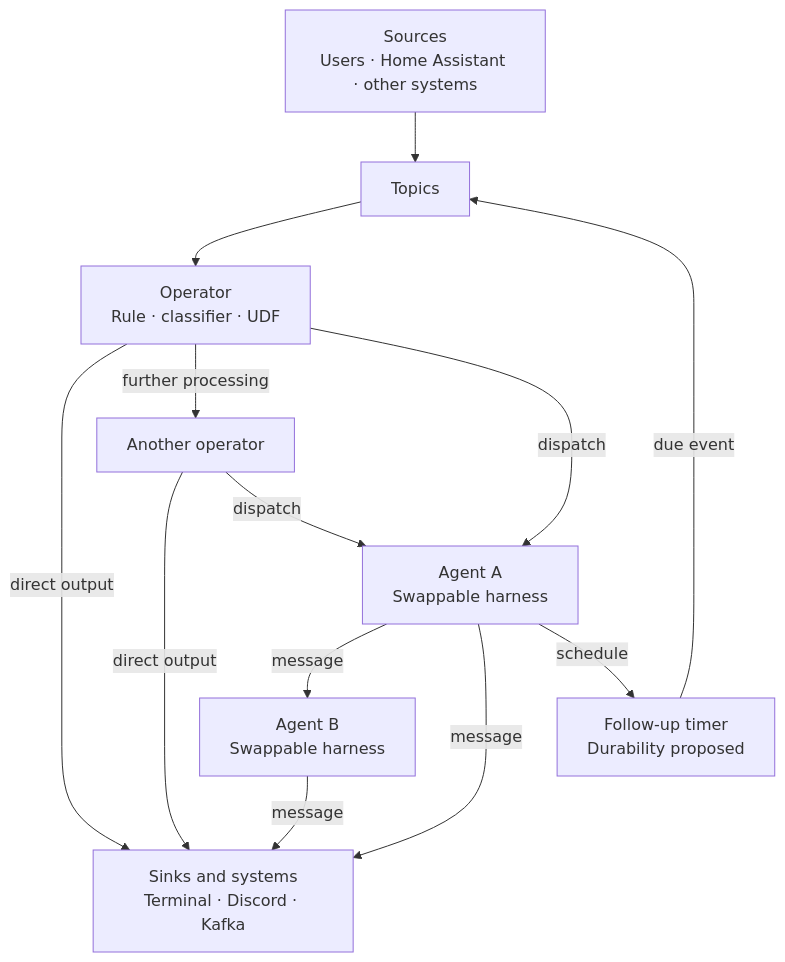
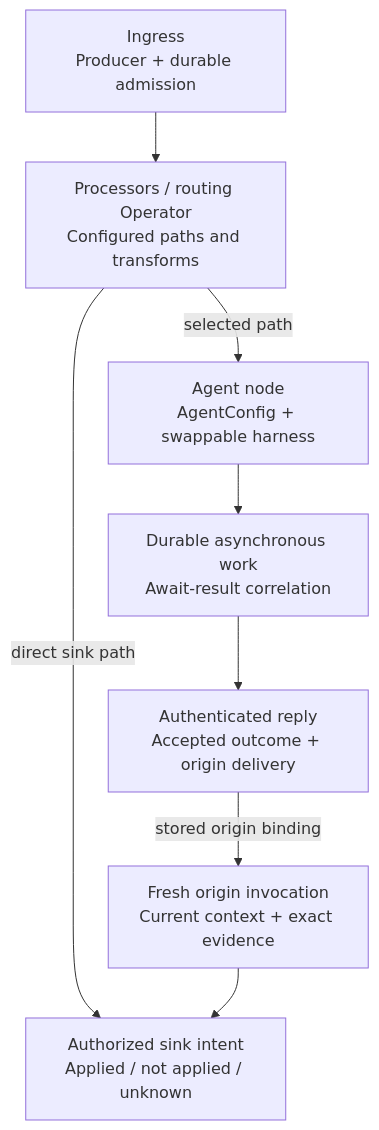
One commit to CitizenBean/brook changed the diagram in docs/diagrams/operator-graph.mmd. Above: the diagram before and after it, drawn with Mermaid. The commit also changed 11 other files, not shown here.

Commit message:
docs: align architecture with unified graph execution plan

```diff
--- a/docs/diagrams/operator-graph.mmd
+++ b/docs/diagrams/operator-graph.mmd
@@ -1,23 +1,17 @@
 flowchart TB
-    accTitle: Brook operator and agent graph
-    accDescr: Operators route directly to sinks, to processors, or to agents using swappable harnesses. Agents send messages to other agents and systems. Timed follow-ups return through topics.
-    sources["Sources<br/>Users · Home Assistant · other systems"]
-    topics["Topics"]
-    operator["Operator<br/>Rule · classifier · UDF"]
-    next["Another operator"]
-    agents["Agent A<br/>Swappable harness"]
-    agentb["Agent B<br/>Swappable harness"]
-    sinks["Sinks and systems<br/>Terminal · Discord · Kafka"]
-    timer["Follow-up timer<br/>Durability proposed"]
-    sources --> topics
-    topics --> operator
-    operator -->|direct output| sinks
-    operator -->|further processing| next
-    operator -->|dispatch| agents
-    next -->|direct output| sinks
-    next -->|dispatch| agents
-    agents -->|message| agentb
-    agents -->|message| sinks
-    agentb -->|message| sinks
-    agents -->|schedule| timer
-    timer -->|due event| topics
+    accTitle: Brook event flow
+    accDescr: One shared execution model carries graph-node deliveries, optional agent work, correlated origin results and authorized sink effects. Logical routing can bypass agents.
+    ingress["Ingress<br/>Producer + durable admission"]
+    processors["Processors / routing Operator<br/>Configured paths and transforms"]
+    agent["Agent node<br/>AgentConfig + swappable harness"]
+    work["Durable asynchronous work<br/>Await-result correlation"]
+    reply["Authenticated reply<br/>Accepted outcome + origin delivery"]
+    resume["Fresh origin invocation<br/>Current context + exact evidence"]
+    sink["Authorized sink intent<br/>Applied / not applied / unknown"]
+    ingress --> processors
+    processors -->|selected path| agent
+    processors -->|direct sink path| sink
+    agent --> work
+    work --> reply
+    reply -->|stored origin binding| resume
+    resume --> sink
```
